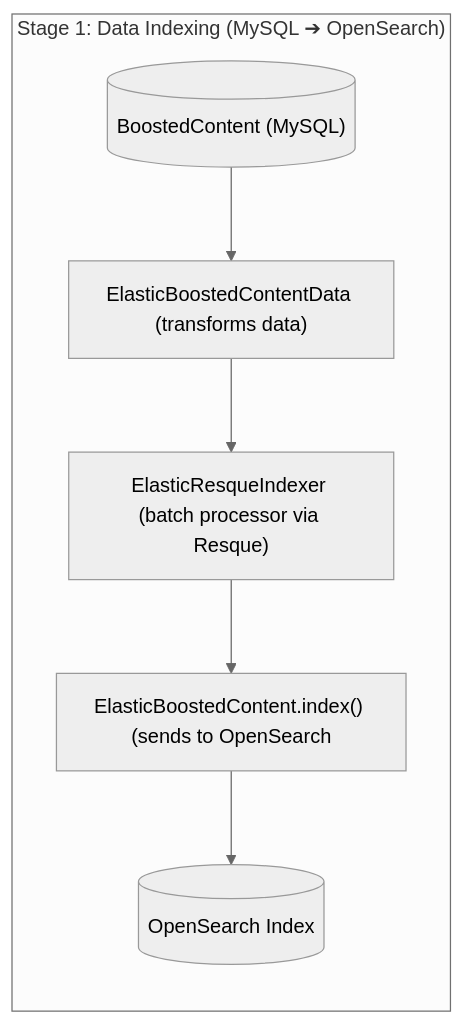
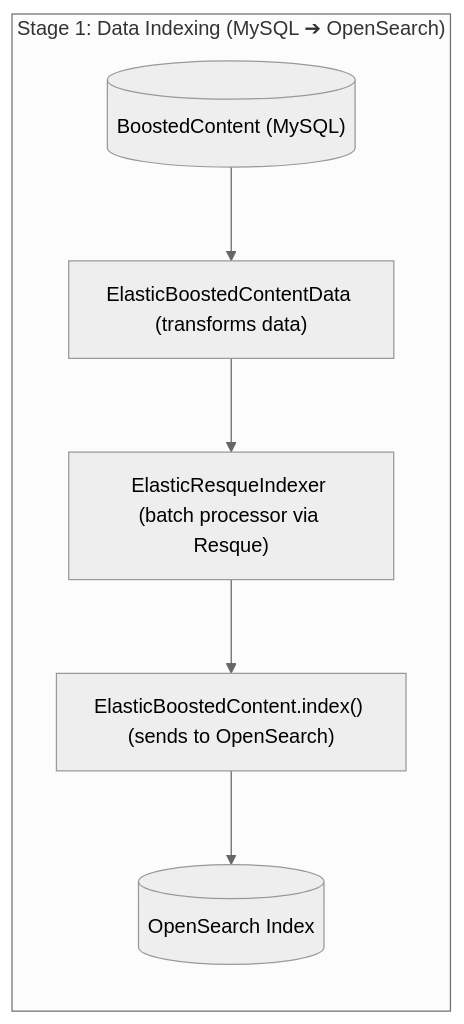
One commit to GSA/search-gov changed the first of 2 diagrams in docs/boosted_content_guide.md. Above: the diagram before and after it, drawn with Mermaid (neutral theme).

````diff
--- a/docs/boosted_content_guide.md
+++ b/docs/boosted_content_guide.md
@@ -22,11 +22,11 @@
 ```mermaid
 flowchart TD
     subgraph Stage1["Stage 1: Data Indexing (MySQL ➔ OpenSearch)"]
         direction TB
         A[("BoostedContent (MySQL)")]
         --> B["ElasticBoostedContentData (transforms data)"]
         --> C["ElasticResqueIndexer (batch processor via Resque)"]
-        --> D["ElasticBoostedContent.index() (sends to OpenSearch"]
+        --> D["ElasticBoostedContent.index() (sends to OpenSearch)"]
         --> E[("OpenSearch Index")]
     end
 ```
````
